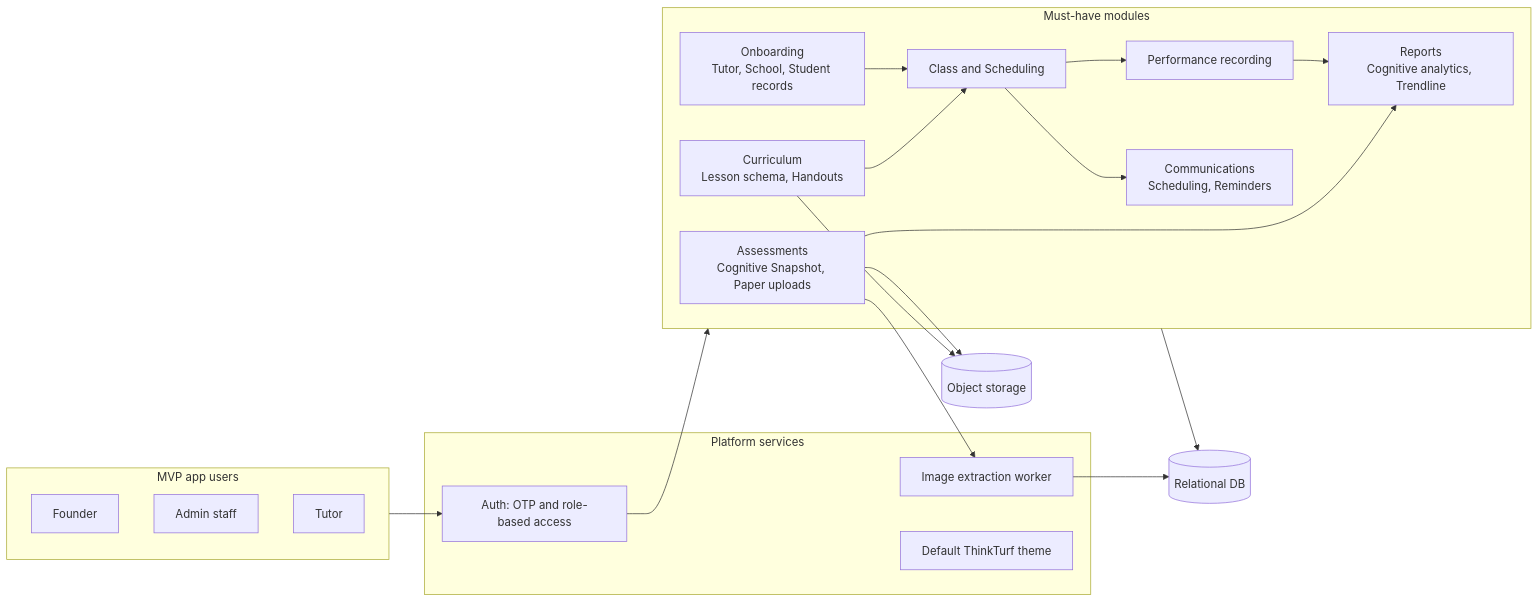
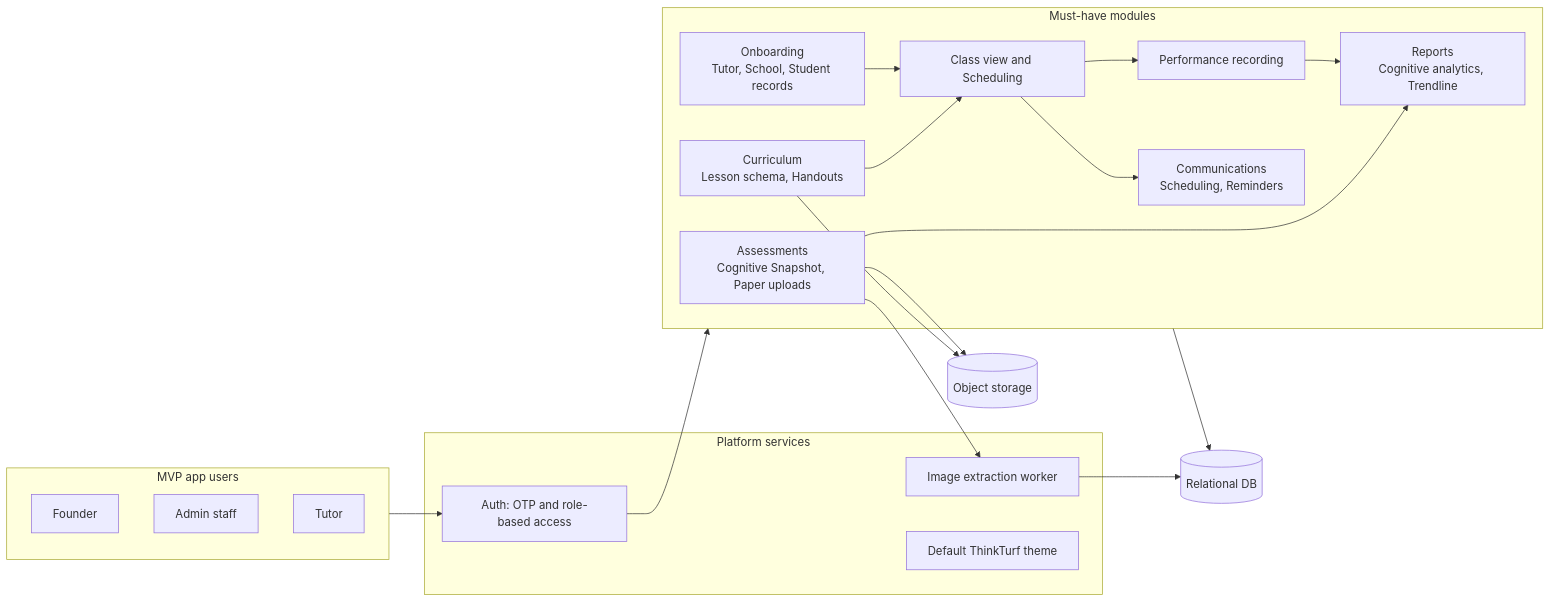
The first of 12 diagrams in docs/mvp/technical-design.md (gauravgpan/IntellEd), drawn with Mermaid before and after one commit. The commit also changed other lines of this file, not shown here.

````diff
--- a/docs/mvp/technical-design.md
+++ b/docs/mvp/technical-design.md
@@ -11,38 +11,38 @@
 ```mermaid
 flowchart LR
   subgraph Actors["MVP app users"]
     F["Founder"]
     A["Admin staff"]
     T["Tutor"]
   end
   subgraph Core["Must-have modules"]
     ON["Onboarding<br/>Tutor, School, Student records"]
-    CL["Class and Scheduling"]
+    CL["Class view and Scheduling"]
     CU["Curriculum<br/>Lesson schema, Handouts"]
     PR["Performance recording"]
     AS["Assessments<br/>Cognitive Snapshot, Paper uploads"]
     RP["Reports<br/>Cognitive analytics, Trendline"]
     CM["Communications<br/>Scheduling, Reminders"]
   end
   subgraph Platform["Platform services"]
     AU["Auth: OTP and role-based access"]
     EX["Image extraction worker"]
     TH["Default ThinkTurf theme"]
   end
   DB[("Relational DB")]
   OS[("Object storage")]
 
   Actors --> AU
   AU --> Core
   ON --> CL
   CU --> CL
   CL --> PR
   CL --> CM
   AS --> EX
   EX --> DB
   AS --> OS
   CU --> OS
   PR --> RP
   AS --> RP
   Core --> DB
 ```
````
